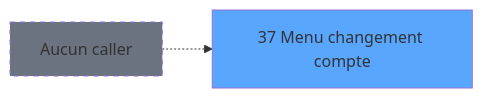
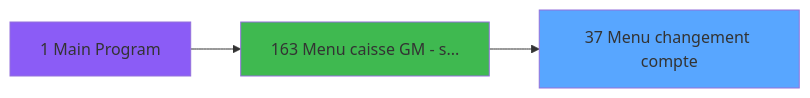
One commit to thonyAGP/magic-migration changed the second of 3 diagrams in .openspec/specs/ADH-IDE-37.md. Above: the diagram before and after it, drawn with Mermaid. The commit also changed other lines of this file and 253 other files, not shown here.

````diff
--- a/.openspec/specs/ADH-IDE-37.md
+++ b/.openspec/specs/ADH-IDE-37.md
@@ -190,8 +463,11 @@
 ```mermaid
 graph LR
     T37[37 Menu changement compte]
     style T37 fill:#58a6ff
-    NONE[Aucun caller]
-    NONE -.-> T37
-    style NONE fill:#6b7280,stroke-dasharray: 5 5
+    CC1[1 Main Program]
+    style CC1 fill:#8b5cf6
+    CC163[163 Menu caisse GM - s...]
+    style CC163 fill:#3fb950
+    CC1 --> CC163
+    CC163 --> T37
 ```
````
